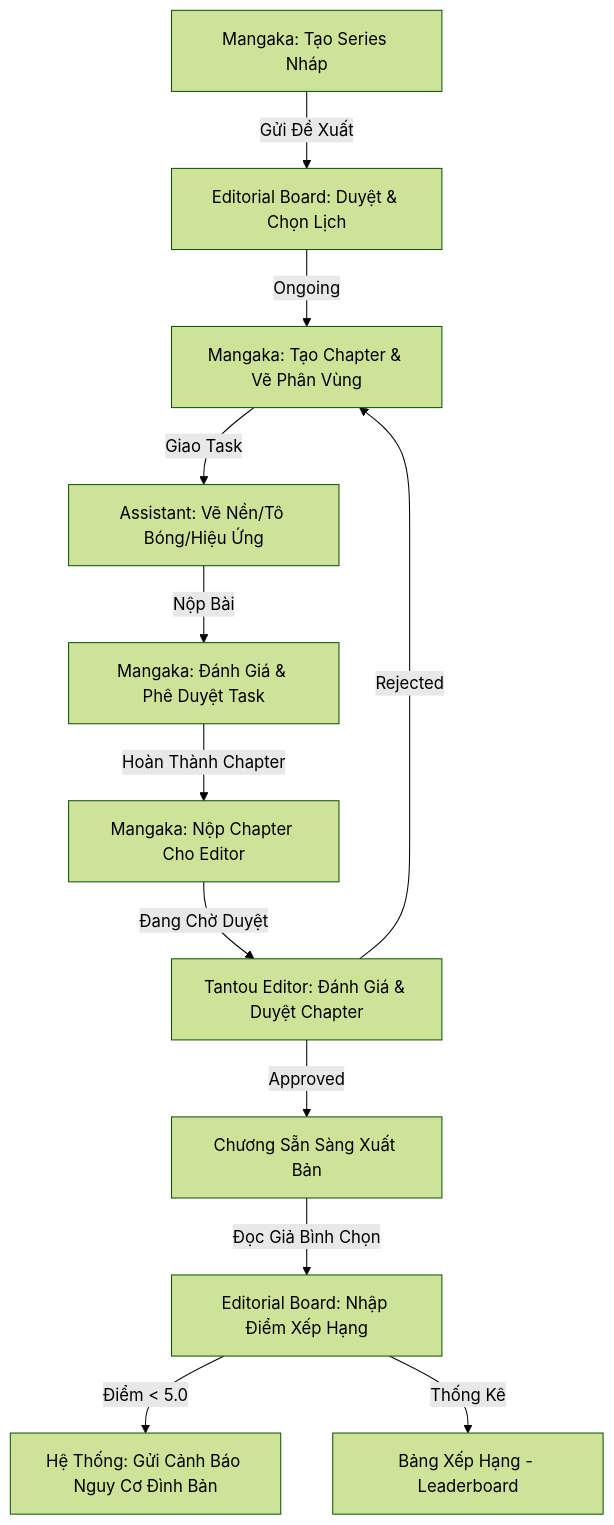
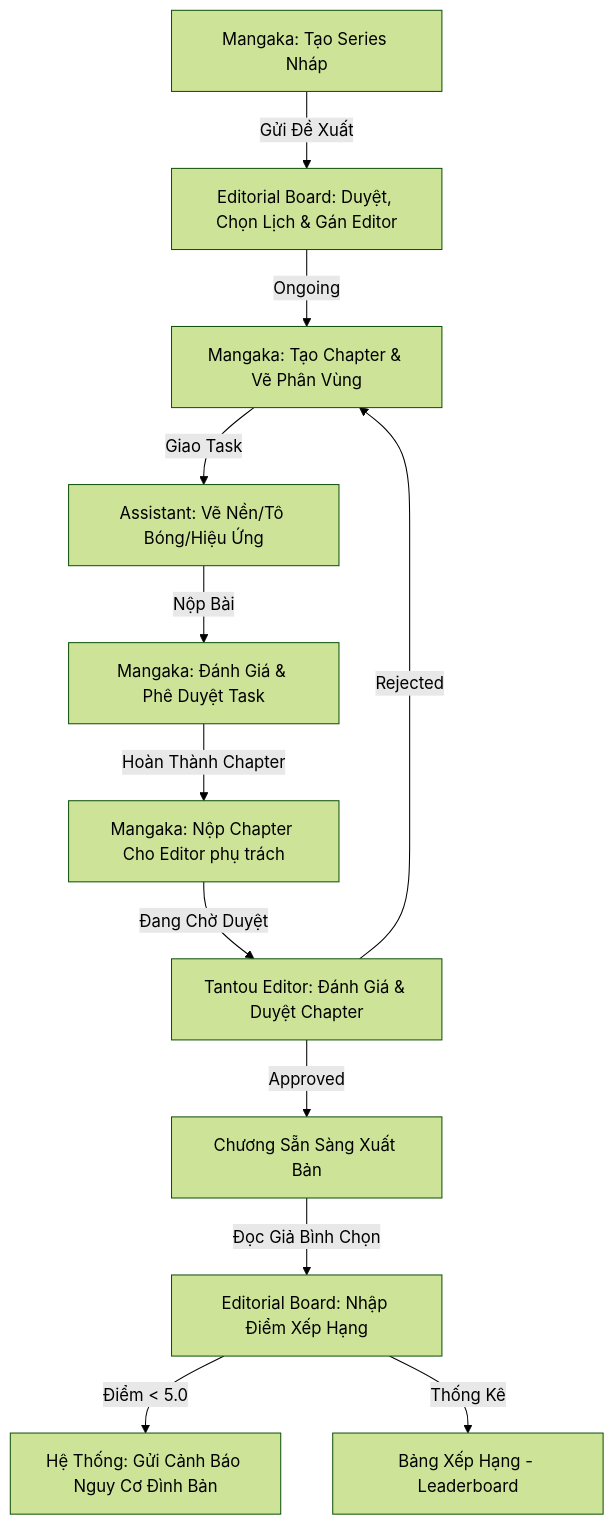
Before and after one commit to trongtan0079/Manga-publishing-management-system: the diagram in docs/business_logic_guideline.md, drawn with Mermaid (forest theme). The commit also changed other lines of this file and 2 other files, not shown here.

Commit message:
CSDL & Tai lieu: Cap nhat cau truc cot is_final cho chapters, editor_id cho series va dong bo hoa tai lieu dac ta nghiep vu

````diff
--- a/docs/business_logic_guideline.md
+++ b/docs/business_logic_guideline.md
@@ -11,14 +11,14 @@
 ```mermaid
 graph TD
-    A[Mangaka: Tạo Series Nháp] -->|Gửi Đề Xuất| B[Editorial Board: Duyệt & Chọn Lịch]
+    A[Mangaka: Tạo Series Nháp] -->|Gửi Đề Xuất| B[Editorial Board: Duyệt, Chọn Lịch & Gán Editor]
     B -->|Ongoing| C[Mangaka: Tạo Chapter & Vẽ Phân Vùng]
     C -->|Giao Task| D[Assistant: Vẽ Nền/Tô Bóng/Hiệu Ứng]
     D -->|Nộp Bài| E[Mangaka: Đánh Giá & Phê Duyệt Task]
-    E -->|Hoàn Thành Chapter| F[Mangaka: Nộp Chapter Cho Editor]
+    E -->|Hoàn Thành Chapter| F[Mangaka: Nộp Chapter Cho Editor phụ trách]
     F -->|Đang Chờ Duyệt| G[Tantou Editor: Đánh Giá & Duyệt Chapter]
     G -->|Approved| H[Chương Sẵn Sàng Xuất Bản]
     G -->|Rejected| C
     H -->|Đọc Giả Bình Chọn| I[Editorial Board: Nhập Điểm Xếp Hạng]
     I -->|Điểm < 5.0| J[Hệ Thống: Gửi Cảnh Báo Nguy Cơ Đình Bản]
     I -->|Thống Kê| K[Bảng Xếp Hạng - Leaderboard]
 ```
````
